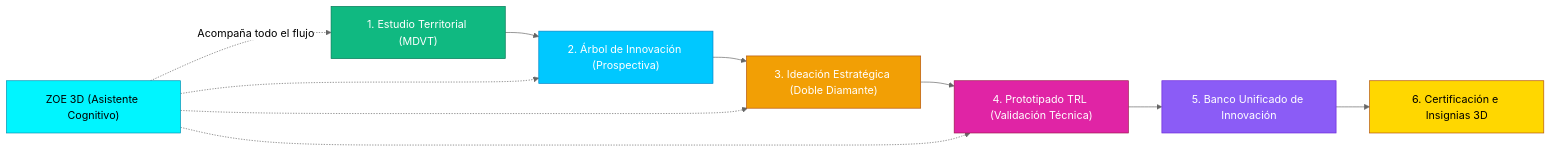
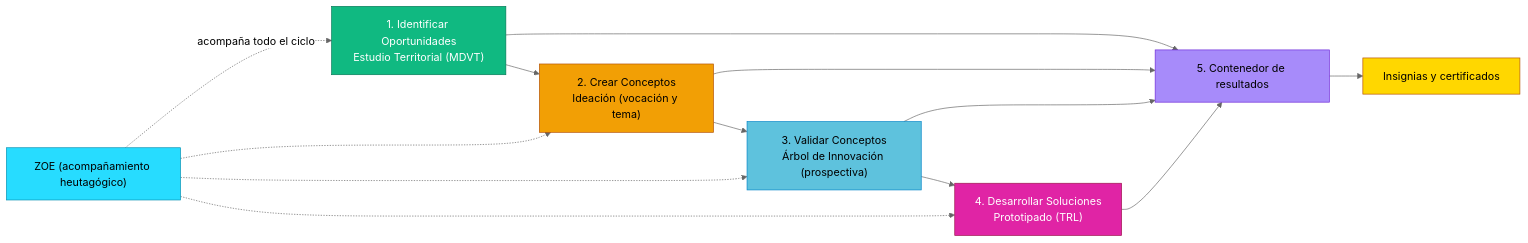
Before and after one commit to nataliaperez-del/laboratorio-digital-innovacion: the second of 3 diagrams in DOCUMENTO_MAESTRO_CONSOLIDADO.md, drawn with Mermaid (neutral theme). The commit also changed other lines of this file and 2 other files, not shown here.

First line of the commit message:
docs: documento maestro v2.0, con el MHUS 5.0 y ZOE como mediación heutagógica

````diff
--- a/DOCUMENTO_MAESTRO_CONSOLIDADO.md
+++ b/DOCUMENTO_MAESTRO_CONSOLIDADO.md
@@ -160,19 +212,22 @@
 ```mermaid
 flowchart LR
-    H1["1. Estudio Territorial (MDVT)"] --> H2["2. Árbol de Innovación (Prospectiva)"]
-    H2 --> H3["3. Ideación Estratégica (Doble Diamante)"]
-    H3 --> H4["4. Prototipado TRL (Validación Técnica)"]
-    H4 --> H5["5. Banco Unificado de Innovación"]
-    H6["ZOE 3D (Asistente Cognitivo)"] -. Acompaña todo el flujo .-> H1
+    H1["1. Identificar Oportunidades<br/>Estudio Territorial (MDVT)"] --> H2["2. Crear Conceptos<br/>Ideación (vocación y tema)"]
+    H2 --> H3["3. Validar Conceptos<br/>Árbol de Innovación (prospectiva)"]
+    H3 --> H4["4. Desarrollar Soluciones<br/>Prototipado (TRL)"]
+    H1 --> H5["5. Contenedor de resultados"]
+    H2 --> H5
+    H3 --> H5
+    H4 --> H5
+    H6["ZOE (acompañamiento heutagógico)"] -. acompaña todo el ciclo .-> H1
     H6 -.-> H2
     H6 -.-> H3
     H6 -.-> H4
-    H5 --> H7["6. Certificación e Insignias 3D"]
+    H5 --> H7["Insignias y certificados"]
     style H1 fill:#10B981,stroke:#047857,color:#fff
-    style H2 fill:#00C8FF,stroke:#0284C7,color:#fff
-    style H3 fill:#F29F05,stroke:#B45309,color:#fff
+    style H2 fill:#F29F05,stroke:#B45309,color:#000
+    style H3 fill:#5EC2DD,stroke:#0284C7,color:#000
     style H4 fill:#E024A5,stroke:#9D174D,color:#fff
-    style H5 fill:#8B5CF6,stroke:#6D28D9,color:#fff
-    style H6 fill:#00F5FF,stroke:#0891B2,color:#000
+    style H5 fill:#A78BFA,stroke:#6D28D9,color:#000
+    style H6 fill:#27DCFF,stroke:#0891B2,color:#000
     style H7 fill:#FFD700,stroke:#B45309,color:#000
 ```
````
